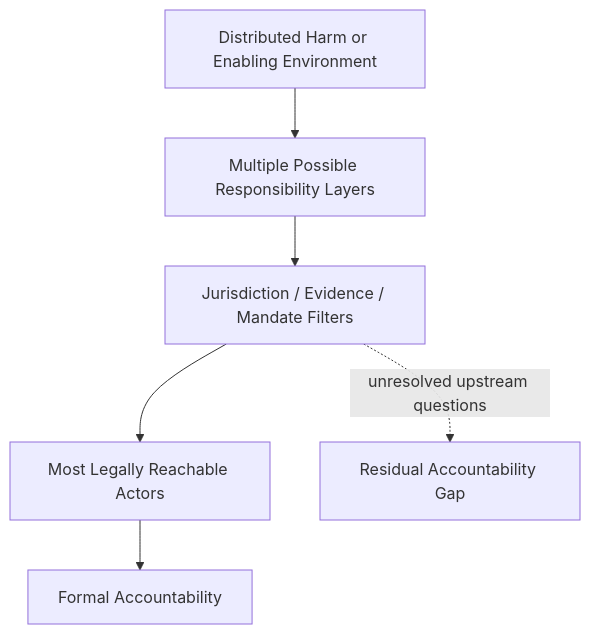
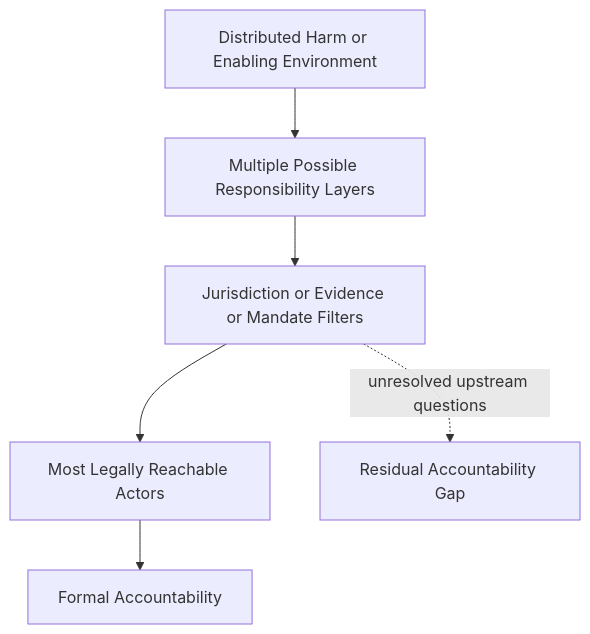
The second of 5 diagrams in 🌑_1_Origin_Points/🪿_Embodied_Information_Ecology/♻️_Cybernetics/👑_Ownership_Control/✈️_genocides_and_paedophiles.md (josefsbreakfast/Polaris-Protocol), drawn with Mermaid before and after one commit. The commit also changed other lines of this file, not shown here.

````diff
--- a/🌑_1_Origin_Points/🪿_Embodied_Information_Ecology/♻️_Cybernetics/👑_Ownership_Control/✈️_genocides_and_paedophiles.md
+++ b/🌑_1_Origin_Points/🪿_Embodied_Information_Ecology/♻️_Cybernetics/👑_Ownership_Control/✈️_genocides_and_paedophiles.md
@@ -207,15 +207,15 @@
 ```mermaid
 flowchart TD
     A[Distributed Harm or Enabling Environment]
     B[Multiple Possible Responsibility Layers]
-    C[Jurisdiction / Evidence / Mandate Filters]
+    C[Jurisdiction or Evidence or Mandate Filters]
     D[Most Legally Reachable Actors]
     E[Formal Accountability]
 
     A --> B
     B --> C
     C --> D
     D --> E
 
     C -. unresolved upstream questions .-> F[Residual Accountability Gap]
 ```
````
